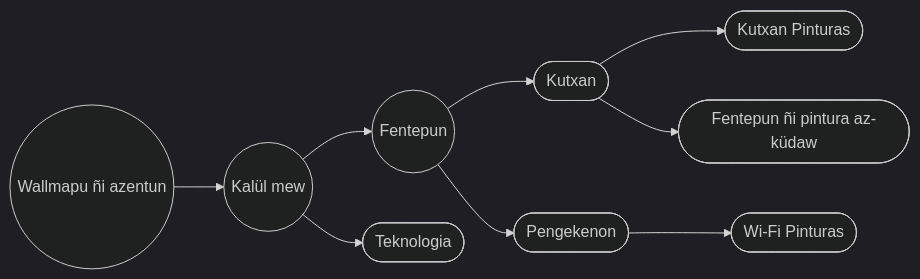
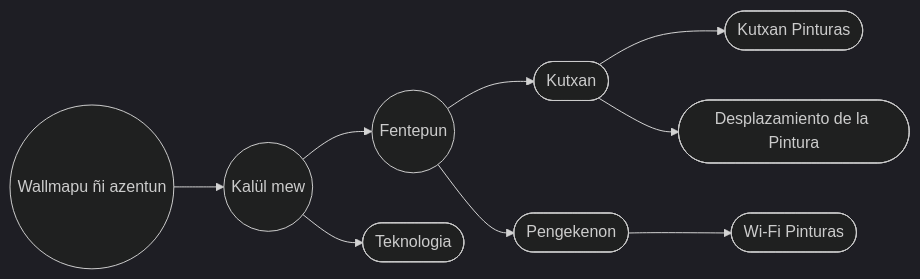
One commit to EGGS-Artesvisuales/EGGS-Artesvisuales.github.io changed the diagram in MPD/saturacion.md. Above: the diagram before and after it, drawn with Mermaid (dark theme). The commit also changed other lines of this file and 41 other files, not shown here.

```diff
--- a/MPD/saturacion.md
+++ b/MPD/saturacion.md
@@ -34,31 +34,31 @@
 <div class="mermaid">
 flowchart LR
   RM((Wallmapu ñi azentun))
   LT((Kalül mew))
   LS((Fentepun))
   LTec([Teknologia])
   LP([Kutxan])
   LI([Pengekenon])
   P([Kutxan Pinturas])
-  DP([Fentepun ñi pintura az-küdaw])
+  DP([Desplazamiento de la Pintura])
   PL([Wi-Fi Pinturas])
 
   RM --> LT
   LT --> LS
   LT --> LTec
   LS --> LP
   LS --> LI
   LP --> P
   LP --> DP
   LI --> PL
 
   click RM "/MPD/mundo-exterior.html" "Amun: Wallmapu ñi azentun"
   click LT "/MPD/tangible.html" "Amun: Kalül mew"
   click LS "/MPD/saturacion.html" "Amun: Fentepun"
   click LTec "/MPD/en-construccion.html" "Amun: Teknologia"
   click LP "/MPD/la-peste.html" "Amun: Kutxan"
   click LI "/MPD/lo-invisible.html" "Amun: Pengekenon"
   click P "/MPD/peste-pinturas-infectadas.html" "Amun: Kutxan Pinturas"
-  click DP "/MPD/desplazamiento-pintura.html" "Amun: Fentepun ñi pintura az-küdaw"
+  click DP "/MPD/desplazamiento-pintura.html" "Amun: Desplazamiento de la Pintura"
   click PL "/MPD/pinturas-wifi.html" "Amun: Pinturas wi fi"
 </div>
```
